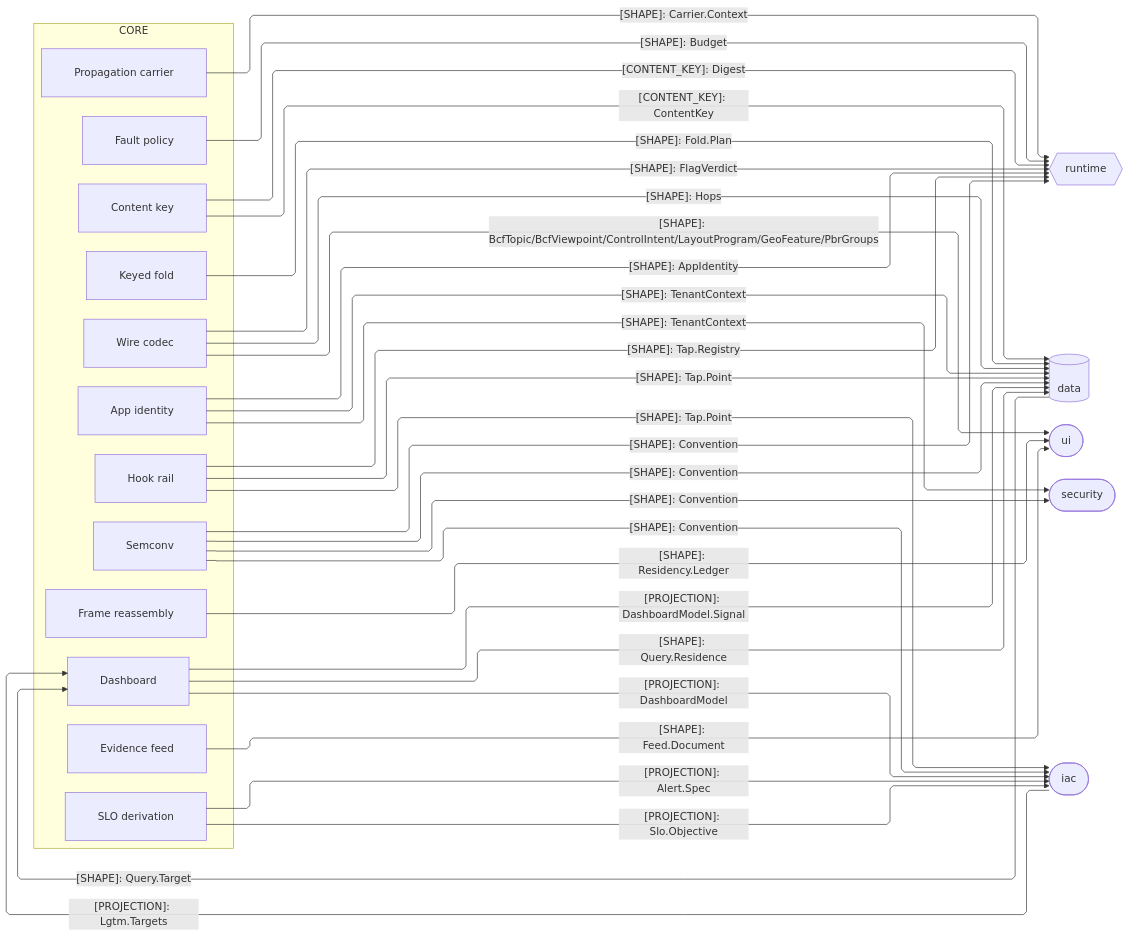
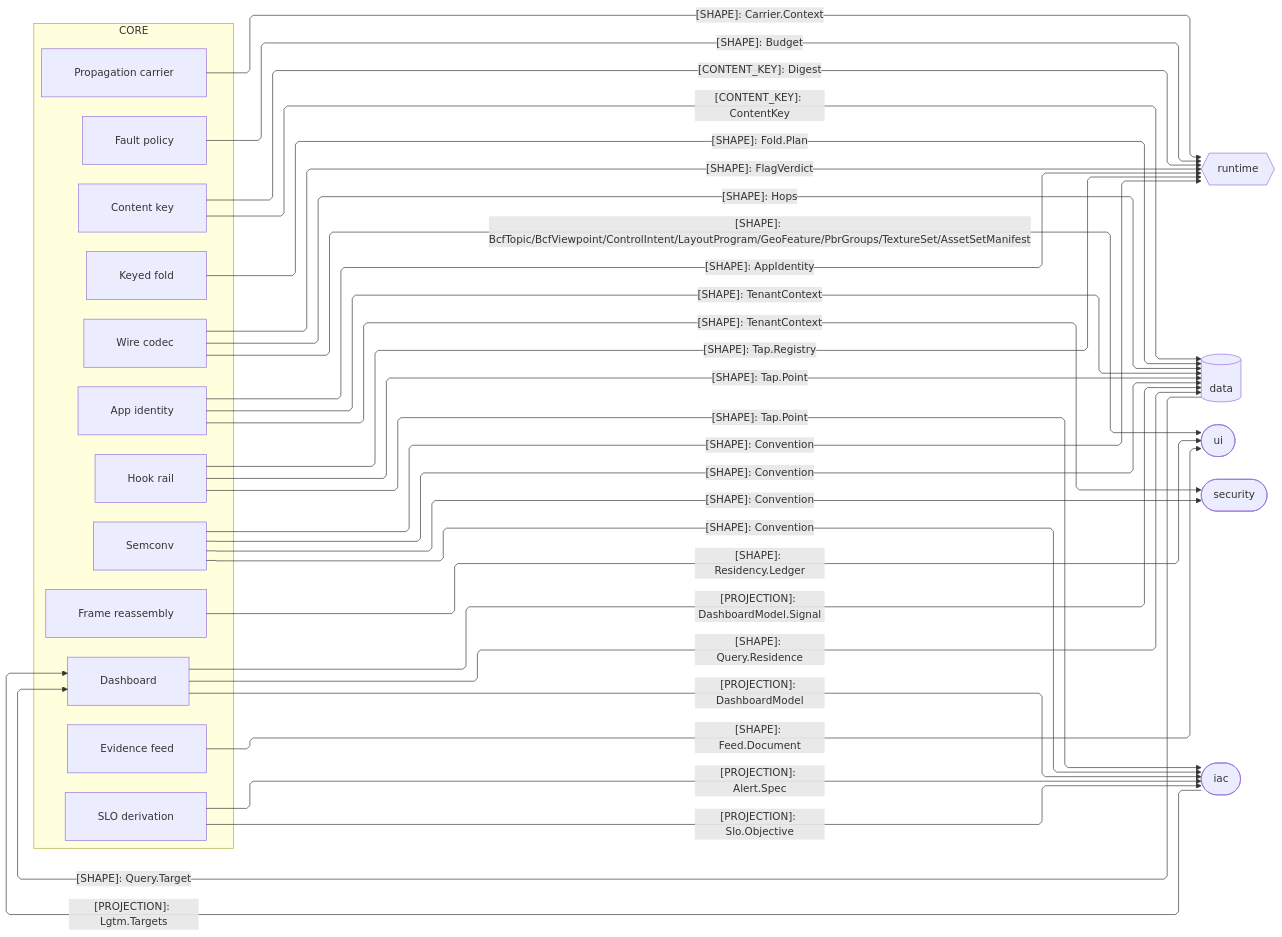
The third of 3 diagrams in libs/typescript/core/ARCHITECTURE.md (bsamiee/Rasm), drawn with Mermaid before and after one commit. The commit also changed other lines of this file and 236 other files, not shown here.

````diff
--- a/libs/typescript/core/ARCHITECTURE.md
+++ b/libs/typescript/core/ARCHITECTURE.md
@@ -162,58 +165,58 @@
 ```mermaid
 ---
 config:
   layout: elk
   flowchart:
     curve: linear
     padding: 25
 ---
 flowchart LR
     accTitle: Core TypeScript sibling seam registry
     accDescr: Core owners handing content identity and decoded shapes to the data, runtime, ui, security, and iac siblings, and taking the minted render target back from the data lane and the selected render coordinates back from the deploy plane.
     subgraph core[CORE]
         ContentKey[Content key]
         Codec[Wire codec]
         Frame[Frame reassembly]
         Fold[Keyed fold]
         Feed[Evidence feed]
         Identity[App identity]
         Fault[Fault policy]
         Convention[Semconv]
         Slo[SLO derivation]
         Board[Dashboard]
         Tap[Hook rail]
         Carrier[Propagation carrier]
     end
     Runtime{{runtime}}
     Data[(data)]
     Ui([ui])
     Security([security])
     Iac([iac])
     ContentKey e1@-->|"[CONTENT_KEY]: ContentKey"| Data
     ContentKey e2@-->|"[CONTENT_KEY]: Digest"| Runtime
     Codec e3@-->|"[SHAPE]: FlagVerdict"| Runtime
     Fold e4@-->|"[SHAPE]: Fold.Plan"| Data
     Feed e5@-->|"[SHAPE]: Feed.Document"| Ui
     Identity e6@-->|"[SHAPE]: TenantContext"| Security
     Identity e7@-->|"[SHAPE]: TenantContext"| Data
     Identity e8@-->|"[SHAPE]: AppIdentity"| Runtime
     Fault e9@-->|"[SHAPE]: Budget"| Runtime
     Convention e10@-->|"[SHAPE]: Convention"| Runtime
     Convention e12@-->|"[SHAPE]: Convention"| Data
     Convention e13@-->|"[SHAPE]: Convention"| Security
     Convention e22@-->|"[SHAPE]: Convention"| Iac
     Board e11@-->|"[PROJECTION]: DashboardModel"| Iac
     Slo e14@-->|"[PROJECTION]: Alert.Spec"| Iac
     Frame e15@-->|"[SHAPE]: Residency.Ledger"| Ui
-    Codec e21@-->|"[SHAPE]: BcfTopic/BcfViewpoint/ControlIntent/LayoutProgram/GeoFeature/PbrGroups"| Ui
+    Codec e21@-->|"[SHAPE]: BcfTopic/BcfViewpoint/ControlIntent/LayoutProgram/GeoFeature/PbrGroups/TextureSet/AssetSetManifest"| Ui
     Slo e16@-->|"[PROJECTION]: Slo.Objective"| Iac
     Tap e17@-->|"[SHAPE]: Tap.Registry"| Runtime
     Carrier e18@-->|"[SHAPE]: Carrier.Context"| Runtime
     Tap e19@-->|"[SHAPE]: Tap.Point"| Data
     Tap e20@-->|"[SHAPE]: Tap.Point"| Iac
     Board e23@-->|"[SHAPE]: Query.Residence"| Data
     Codec e24@-->|"[SHAPE]: Hops"| Data
     Data e25@-->|"[SHAPE]: Query.Target"| Board
     Board e26@-->|"[PROJECTION]: DashboardModel.Signal"| Data
     Iac e27@-->|"[PROJECTION]: Lgtm.Targets"| Board
 ```
````
